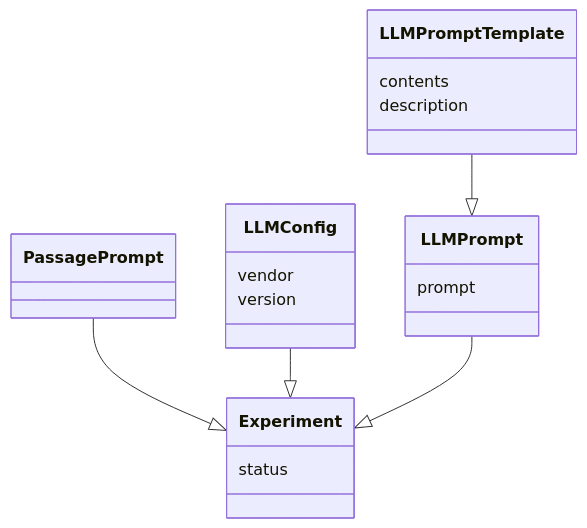
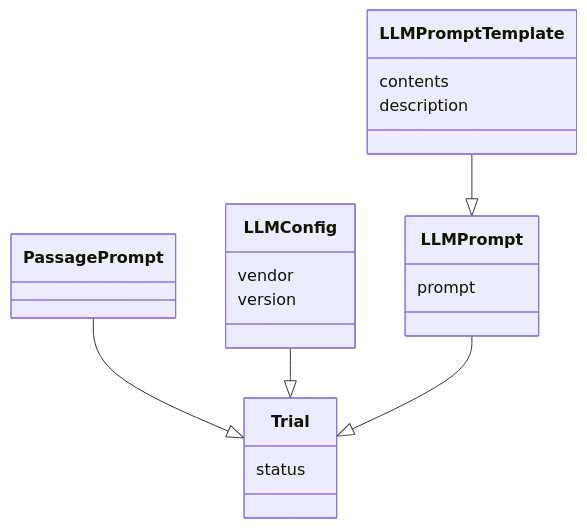
One commit to empirical-org/Empirical-Core changed the second of 3 diagrams in services/QuillLMS/engines/evidence/app/models/evidence/research/readme.md. Above: the diagram before and after it, drawn with Mermaid. The commit also changed other lines of this file and 39 other files, not shown here.

First line of the commit message:
Rename Experiment resource to Trial (#11877)

````diff
--- a/services/QuillLMS/engines/evidence/app/models/evidence/research/readme.md
+++ b/services/QuillLMS/engines/evidence/app/models/evidence/research/readme.md
@@ -33,24 +33,24 @@
 ```mermaid
 classDiagram
     class LLMConfig {
          vendor
          version
     }
     class LLMPrompt {
          prompt
     }
     class LLMPromptTemplate {
          contents
          description
     }
     class PassagePrompt {
     }
-    class Experiment {
+    class Trial {
          status
     }
 
-    PassagePrompt --|> Experiment
-    LLMConfig --|> Experiment
+    PassagePrompt --|> Trial
+    LLMConfig --|> Trial
     LLMPromptTemplate --|> LLMPrompt
-    LLMPrompt --|> Experiment
+    LLMPrompt --|> Trial
 ```
````
